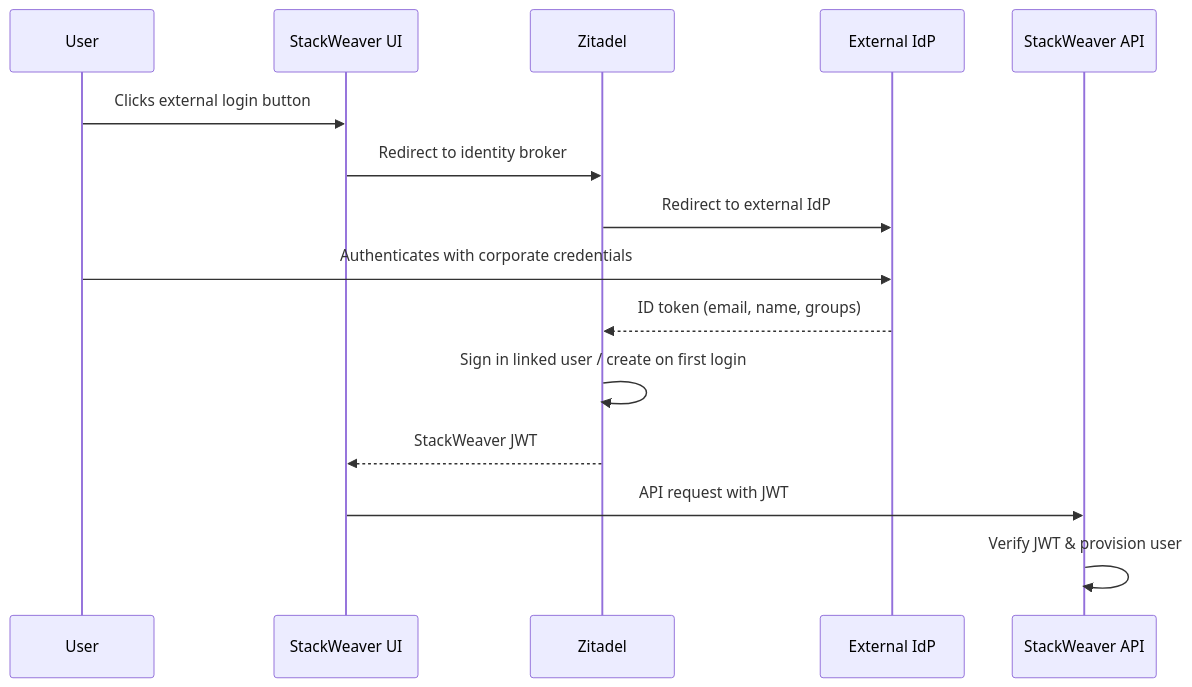
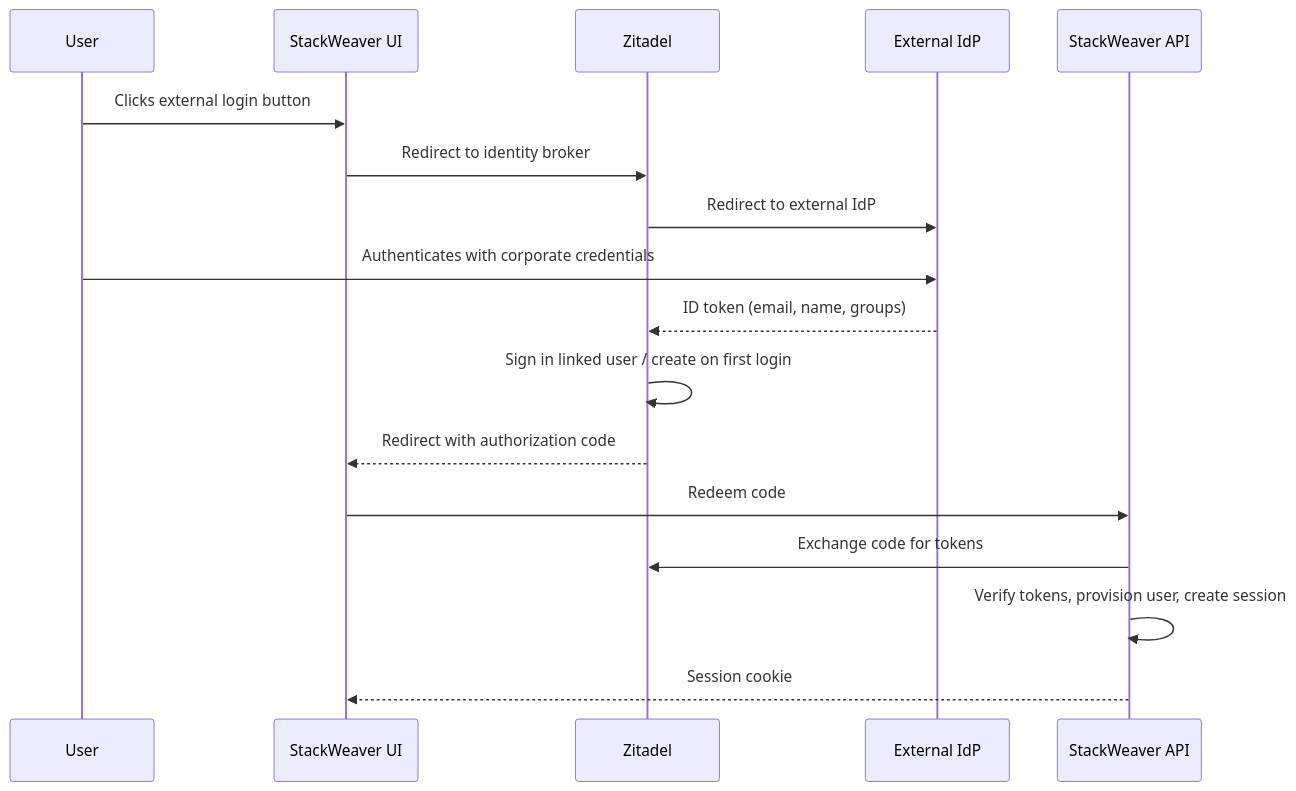
The diagram in docs/user-guides/sso/README.md (vhco-pro/stackweaver-frontend), drawn with Mermaid before and after one commit. The commit also changed other lines of this file and 32 other files, not shown here.

````diff
--- a/docs/user-guides/sso/README.md
+++ b/docs/user-guides/sso/README.md
@@ -17,18 +17,20 @@
 ```mermaid
 sequenceDiagram
     participant User
     participant StackWeaver as StackWeaver UI
     participant Zitadel
     participant IdP as External IdP
     participant API as StackWeaver API
 
     User->>StackWeaver: Clicks external login button
     StackWeaver->>Zitadel: Redirect to identity broker
     Zitadel->>IdP: Redirect to external IdP
     User->>IdP: Authenticates with corporate credentials
     IdP-->>Zitadel: ID token (email, name, groups)
     Zitadel->>Zitadel: Sign in linked user / create on first login
-    Zitadel-->>StackWeaver: StackWeaver JWT
-    StackWeaver->>API: API request with JWT
-    API->>API: Verify JWT & provision user
+    Zitadel-->>StackWeaver: Redirect with authorization code
+    StackWeaver->>API: Redeem code
+    API->>Zitadel: Exchange code for tokens
+    API->>API: Verify tokens, provision user, create session
+    API-->>StackWeaver: Session cookie
 ```
````
